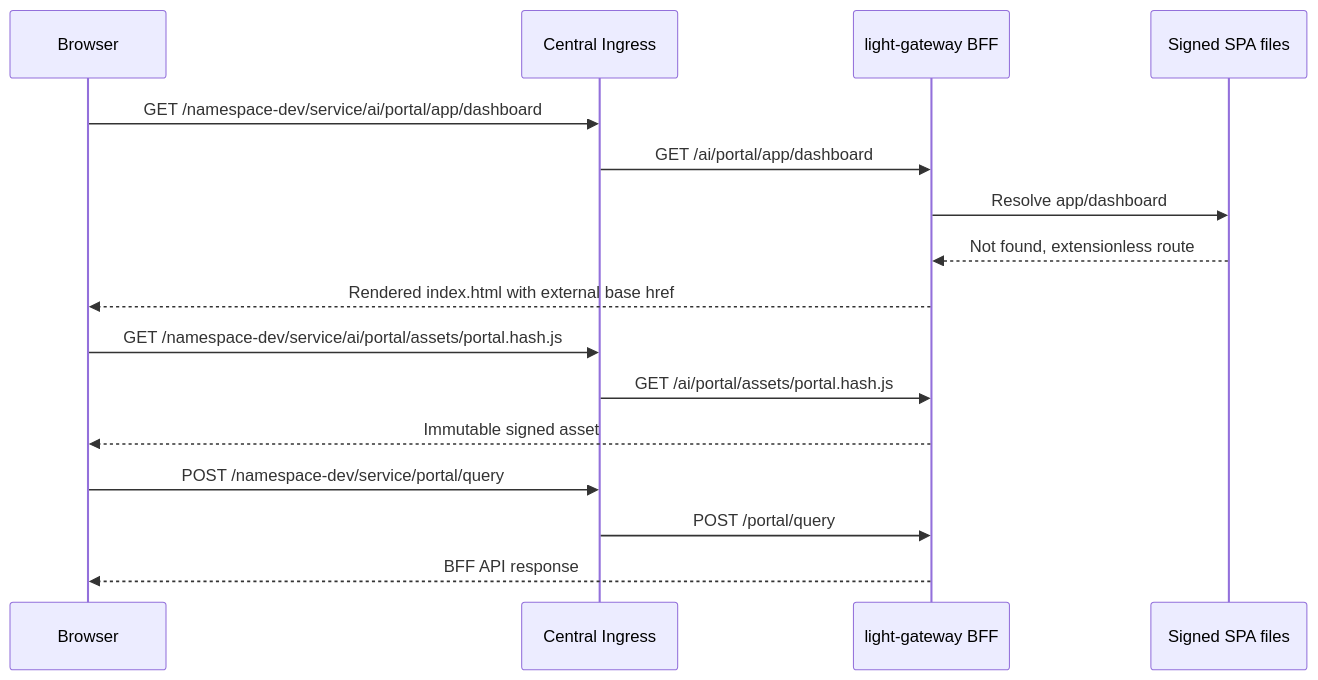
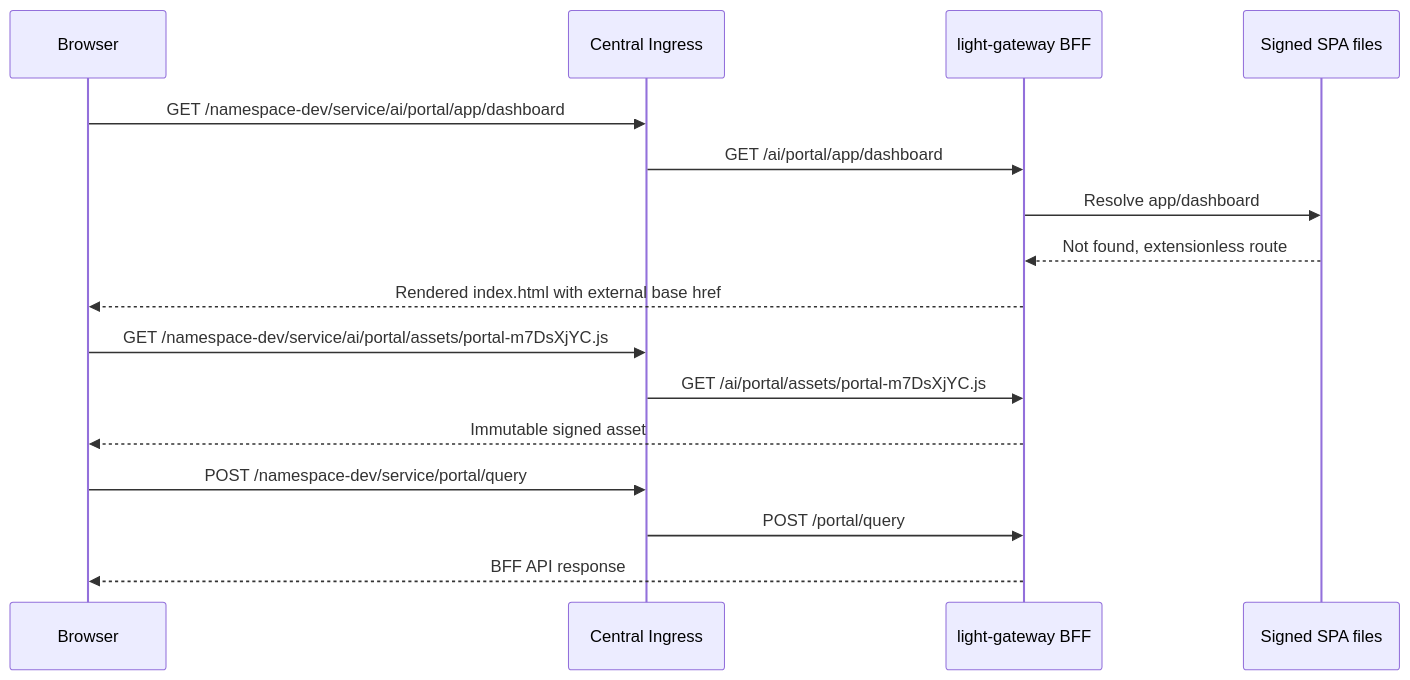
The second of 2 diagrams in src/design/portal-view/portable-signed-runtime-configuration.md (lightapi/light-portal-doc), drawn with Mermaid before and after one commit. The commit also changed other lines of this file and 2 other files, not shown here.

Commit message:
docs(portal-view): accepted portable signed runtime configuration design

````diff
--- a/src/design/portal-view/portable-signed-runtime-configuration.md
+++ b/src/design/portal-view/portable-signed-runtime-configuration.md
@@ -469,19 +640,19 @@
 ```mermaid
 sequenceDiagram
     participant B as Browser
     participant I as Central Ingress
     participant G as light-gateway BFF
     participant F as Signed SPA files
 
     B->>I: GET /namespace-dev/service/ai/portal/app/dashboard
     I->>G: GET /ai/portal/app/dashboard
     G->>F: Resolve app/dashboard
     F-->>G: Not found, extensionless route
     G-->>B: Rendered index.html with external base href
-    B->>I: GET /namespace-dev/service/ai/portal/assets/portal.hash.js
-    I->>G: GET /ai/portal/assets/portal.hash.js
+    B->>I: GET /namespace-dev/service/ai/portal/assets/portal-m7DsXjYC.js
+    I->>G: GET /ai/portal/assets/portal-m7DsXjYC.js
     G-->>B: Immutable signed asset
     B->>I: POST /namespace-dev/service/portal/query
     I->>G: POST /portal/query
     G-->>B: BFF API response
 ```
````
